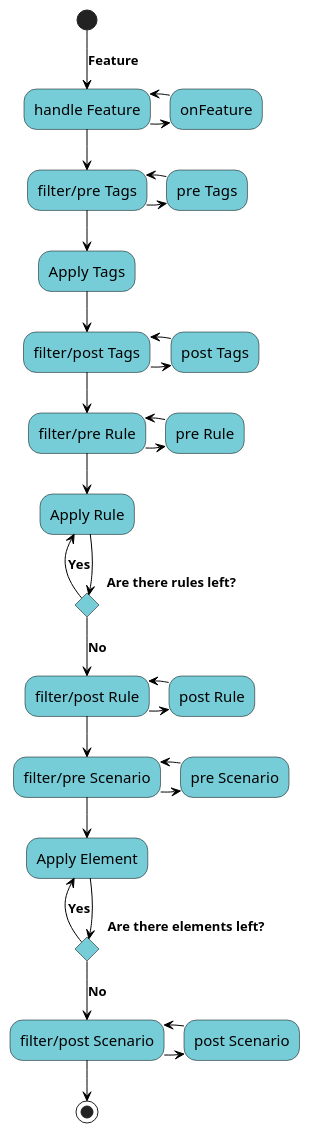
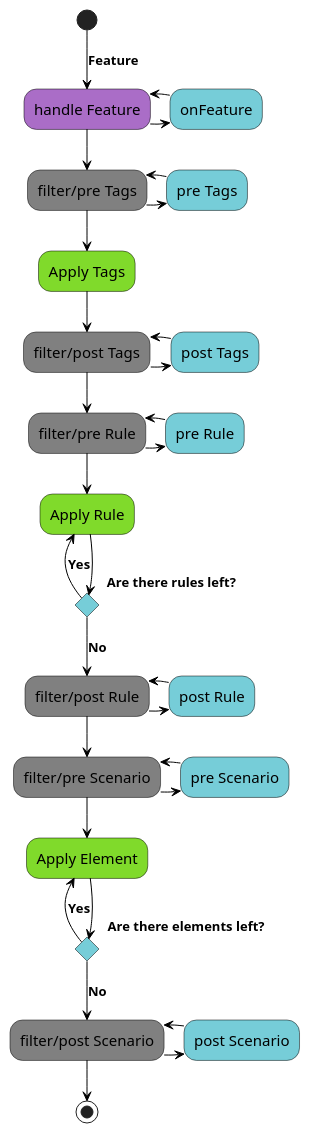
Before and after one commit to gherking/gherking-docs: the diagram in src/data/feature.puml, drawn with PlantUML. The commit also changed 10 other files, not shown here.

Commit message:
plantuml visualization of the precompiler

```diff
--- a/src/data/feature.puml
+++ b/src/data/feature.puml
@@ -1,43 +1,46 @@
 @startuml
 skinparam activity {
 BackgroundColor #76CDD8
+BackgroundColor<<apply>> #80DA2B
+BackgroundColor<<filter>> #808080
+BackgroundColor<<handle>> #AA6DC7
 ArrowColor black
 ArrowFontSize 13
 ArrowFontStyle bold
 ArrowFontName Segoe UI
 BorderColor black
 FontName Segoe UI
 FontSize 15
 }
 (*) -->[Feature] "handle Feature"
 -right-> "onFeature"
--left-> "handle Feature"
---> "filter/pre Tags"
+-left-> "handle Feature"<<handle>>
+--> "filter/pre Tags"<<filter>>
 -right-> "pre Tags"
 -left-> "filter/pre Tags"
---> "Apply Tags"
---> "filter/post Tags"
+--> "Apply Tags"<<apply>>
+--> "filter/post Tags"<<filter>>
 -right-> "post Tags"
 -left-> "filter/post Tags"
---> "filter/pre Rule"
+--> "filter/pre Rule"<<filter>>
 -right-> "pre Rule"
 -left-> "filter/pre Rule"
---> "Apply Rule"
+--> "Apply Rule"<<apply>>
 If "Are there rules left?"
 -left->[Yes] "Apply Rule"
 else
 --> [No] "filter/post Rule"
 -right-> "post Rule"
--left-> "filter/post Rule"
---> "filter/pre Scenario"
+-left-> "filter/post Rule"<<filter>>
+--> "filter/pre Scenario"<<filter>>
 -right-> "pre Scenario"
 -left-> "filter/pre Scenario"
---> "Apply Element"
+--> "Apply Element"<<apply>>
 If "Are there elements left?"
--left->[Yes] "Apply Element"
+-left->[Yes] "Apply Element"<<apply>>
 else
--->[No] "filter/post Scenario"
+-->[No] "filter/post Scenario"<<filter>>
 -right-> "post Scenario"
 -left-> "filter/post Scenario"
 --> (*)
 @enduml
```
